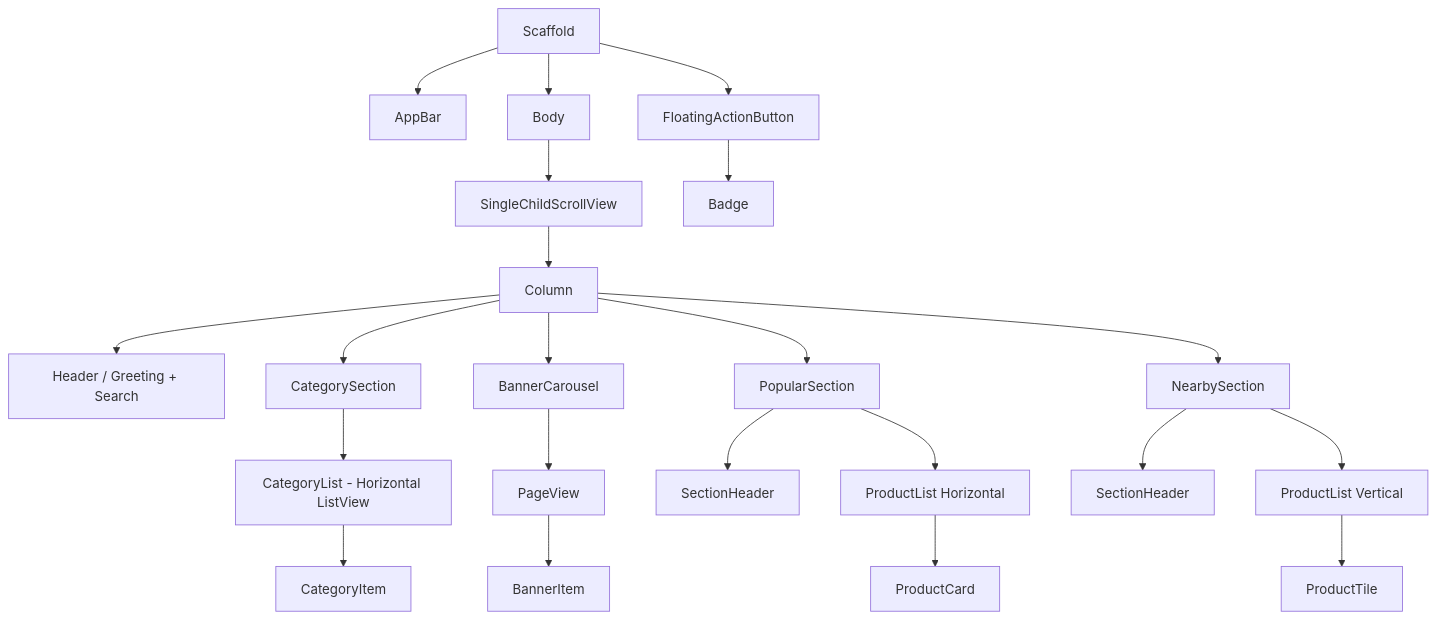
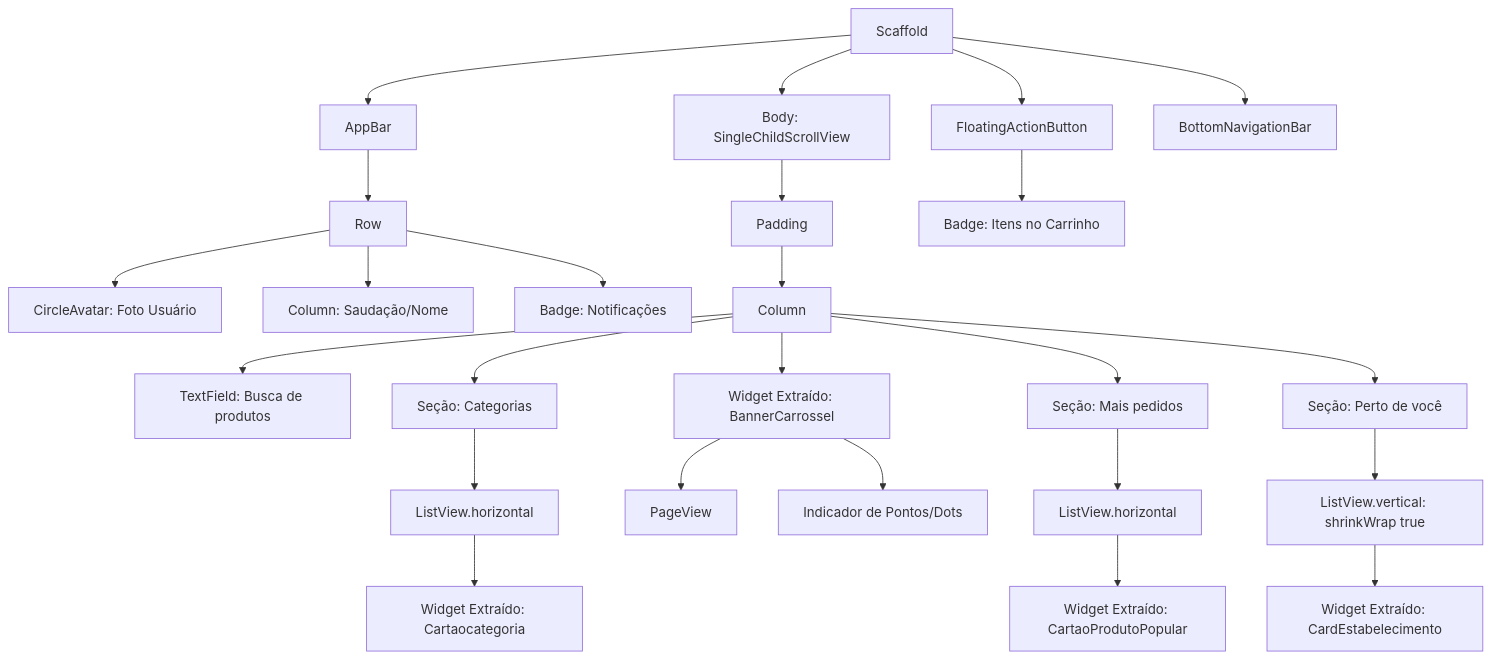
Before and after one commit to GustavosJesusSec/widget_flutter: the diagram in lib/c_ex6.md, drawn with Mermaid. The commit also changed 1 other file, not shown here.

Commit message:
feat: update flowcharts for screens in c_ex5 and c_ex6 with detailed component structure

````diff
--- a/lib/c_ex6.md
+++ b/lib/c_ex6.md
@@ -2,32 +2,34 @@
 ```mermaid
 graph TD
+    A[Scaffold] --> B[AppBar]
+    A --> C[Body: SingleChildScrollView]
+    A --> D[FloatingActionButton]
+    A --> E[BottomNavigationBar]
 
-A[Scaffold] --> B[AppBar]
-A --> C[Body]
-A --> D[FloatingActionButton]
+    B --> B1[Row]
+    B1 --> B1a[CircleAvatar: Foto Usuário]
+    B1 --> B1b[Column: Saudação/Nome]
+    B1 --> B1c[Badge: Notificações]
 
-C --> E[SingleChildScrollView]
-E --> F[Column]
+    C --> F[Padding]
+    F --> G[Column]
 
-F --> G[Header / Greeting + Search]
-F --> H[CategorySection]
-F --> I[BannerCarousel]
-F --> J[PopularSection]
-F --> K[NearbySection]
+    G --> H[TextField: Busca de produtos]
+    G --> I[Seção: Categorias]
+    I --> I1[ListView.horizontal]
+    I1 --> I2[Widget Extraído: Cartaocategoria]
 
-H --> H1[CategoryList - Horizontal ListView]
-H1 --> H2[CategoryItem]
+    G --> J[Widget Extraído: BannerCarrossel]
+    J --> J1[PageView]
+    J --> J2[Indicador de Pontos/Dots]
 
-I --> I1[PageView]
-I1 --> I2[BannerItem]
+    G --> K[Seção: Mais pedidos]
+    K --> K1[ListView.horizontal]
+    K1 --> K2[Widget Extraído: CartaoProdutoPopular]
 
-J --> J1[SectionHeader]
-J --> J2[ProductList Horizontal]
-J2 --> J3[ProductCard]
+    G --> L[Seção: Perto de você]
+    L --> L1[ListView.vertical: shrinkWrap true]
+    L1 --> L2[Widget Extraído: CardEstabelecimento]
 
-K --> K1[SectionHeader]
-K --> K2[ProductList Vertical]
-K2 --> K3[ProductTile]
-
-D --> D1[Badge]
+    D --> D1[Badge: Itens no Carrinho]
 ```
````
